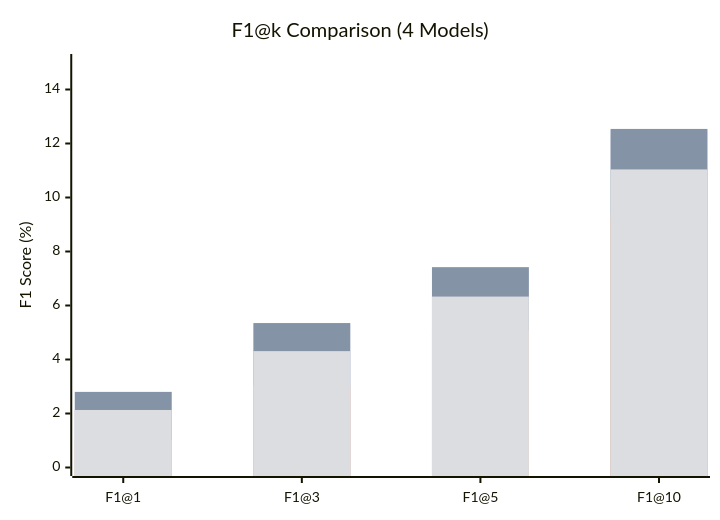
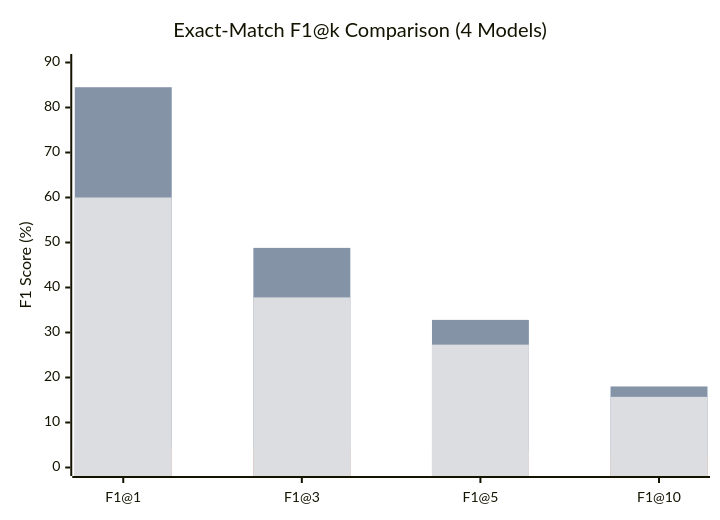
One commit to ursuswh-metamorphic/SDA_SecureDataAlliance changed the fifth of 11 diagrams in docs/DP_Evaluation_Report.md. Above: the diagram before and after it, drawn with Mermaid. The commit also changed other lines of this file and 2 other files, not shown here.

First line of the commit message:
Update reports with exact-match F1 and DP-LoRA section

````diff
--- a/docs/DP_Evaluation_Report.md
+++ b/docs/DP_Evaluation_Report.md
@@ -148,10 +152,10 @@
 ```mermaid
 xychart-beta
-    title "F1@k Comparison (4 Models)"
+    title "Exact-Match F1@k Comparison (4 Models)"
     x-axis ["F1@1", "F1@3", "F1@5", "F1@10"]
-    y-axis "F1 Score (%)" 0 --> 15
-    bar [2.80, 5.30, 7.36, 12.44]
-    bar [2.80, 5.35, 7.42, 12.54]
-    bar [1.02, 3.04, 5.07, 9.30]
-    bar [2.13, 4.31, 6.33, 11.04]
+    y-axis "F1 Score (%)" 0 --> 90
+    bar [84.5, 48.8, 32.8, 18.0]
+    bar [84.5, 48.8, 32.8, 18.0]
+    bar [4.5, 4.2, 3.7, 2.8]
+    bar [60.0, 37.8, 27.3, 15.7]
 ```
````
